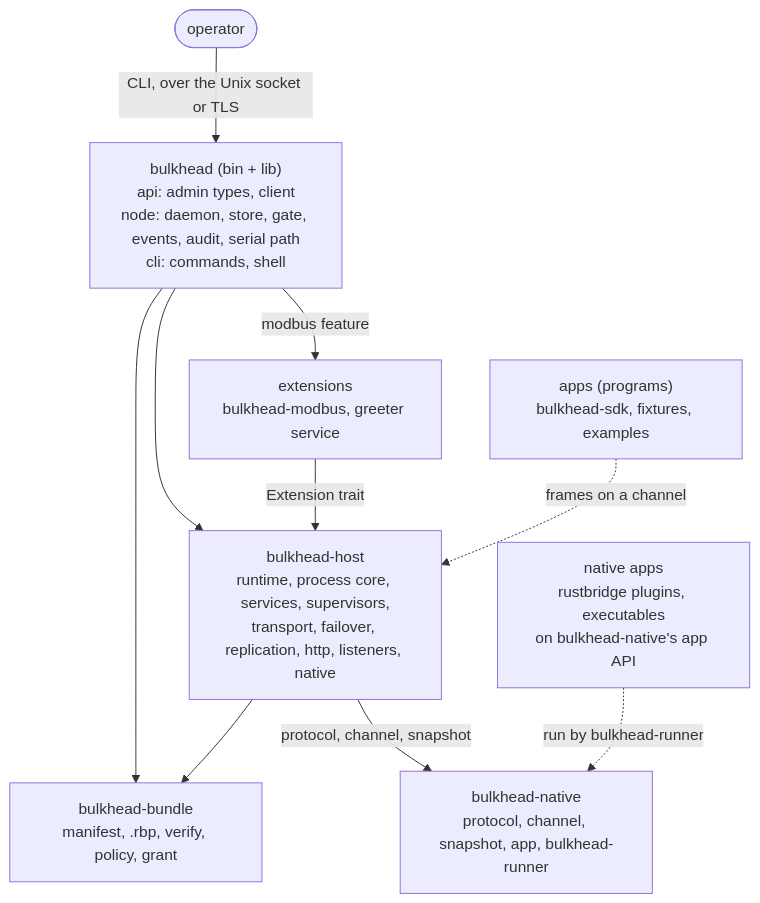
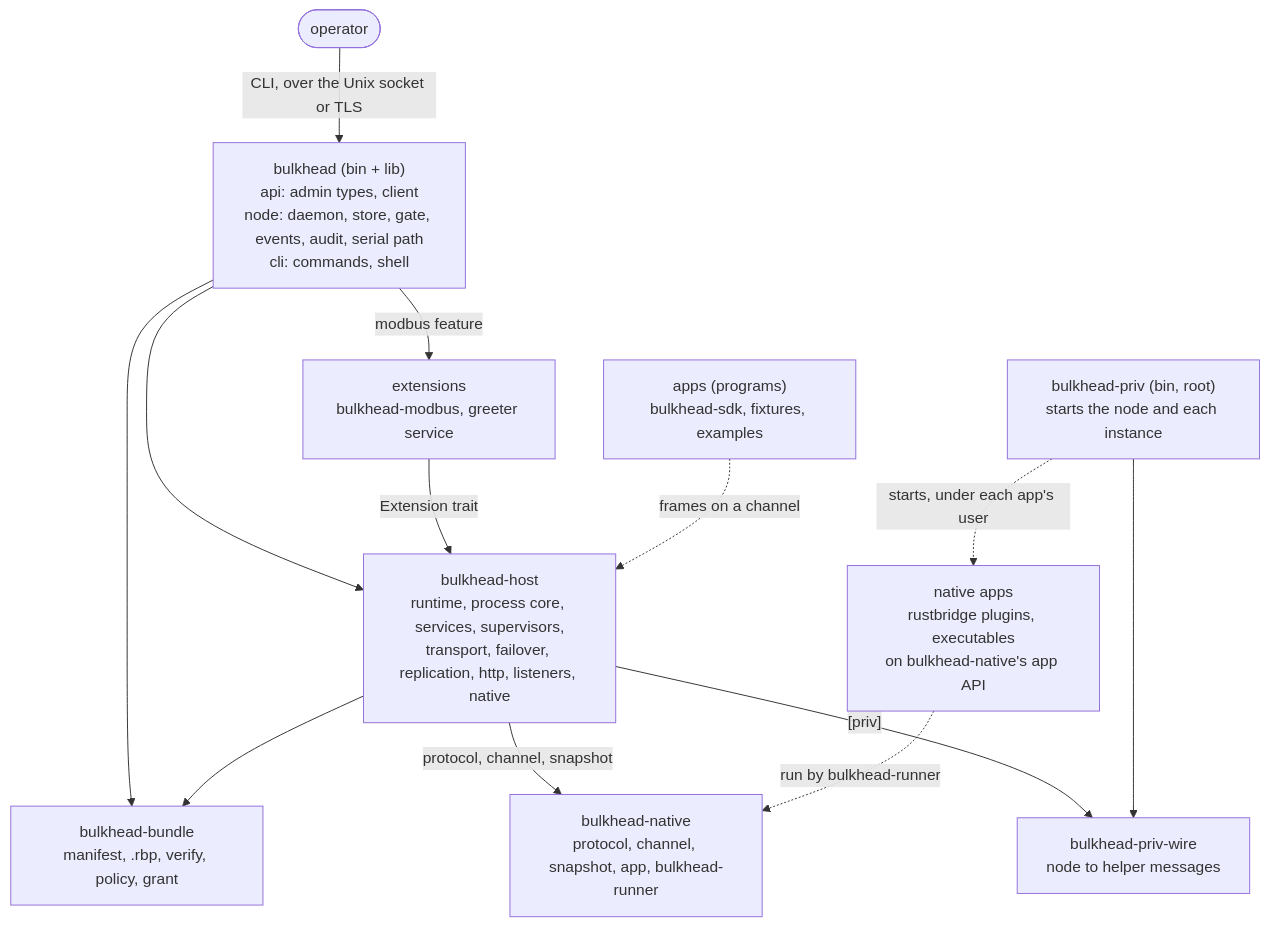
The first of 10 diagrams in docs/ARCHITECTURE.md (jrobhoward/paddock), drawn with Mermaid before and after one commit. The commit also changed other lines of this file and 62 other files, not shown here.

Commit message:
PS1: the privileged helper, bulkhead-priv

````diff
--- a/docs/ARCHITECTURE.md
+++ b/docs/ARCHITECTURE.md
@@ -9,19 +9,24 @@
 ```mermaid
 flowchart TD
     operator(["operator"]) -->|"CLI, over the Unix socket or TLS"| bulkhead
     bulkhead["bulkhead (bin + lib)<br/>api: admin types, client<br/>node: daemon, store, gate, events, audit, serial path<br/>cli: commands, shell"]
     host["bulkhead-host<br/>runtime, process core, services, supervisors,<br/>transport, failover, replication, http, listeners, native"]
     bundle["bulkhead-bundle<br/>manifest, .rbp, verify, policy, grant"]
     native["bulkhead-native<br/>protocol, channel, snapshot, app, bulkhead-runner"]
     ext["extensions<br/>bulkhead-modbus, greeter service"]
     guests["apps (programs)<br/>bulkhead-sdk, fixtures, examples"]
     napps["native apps<br/>rustbridge plugins, executables<br/>on bulkhead-native's app API"]
+    helper["bulkhead-priv (bin, root)<br/>starts the node and each instance"]
+    wire["bulkhead-priv-wire<br/>node to helper messages"]
     bulkhead --> host
     bulkhead --> bundle
     bulkhead -->|"modbus feature"| ext
     host --> bundle
     host -->|"protocol, channel, snapshot"| native
     ext -->|"Extension trait"| host
     guests -.->|"frames on a channel"| host
     napps -.->|"run by bulkhead-runner"| native
+    host -->|"[priv]"| wire
+    helper --> wire
+    helper -.->|"starts, under each app's user"| napps
 ```
````
